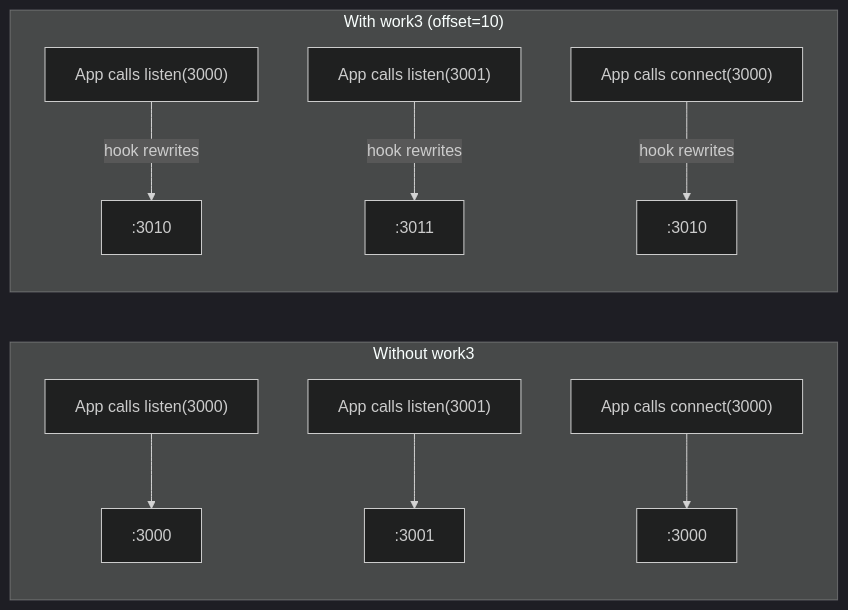
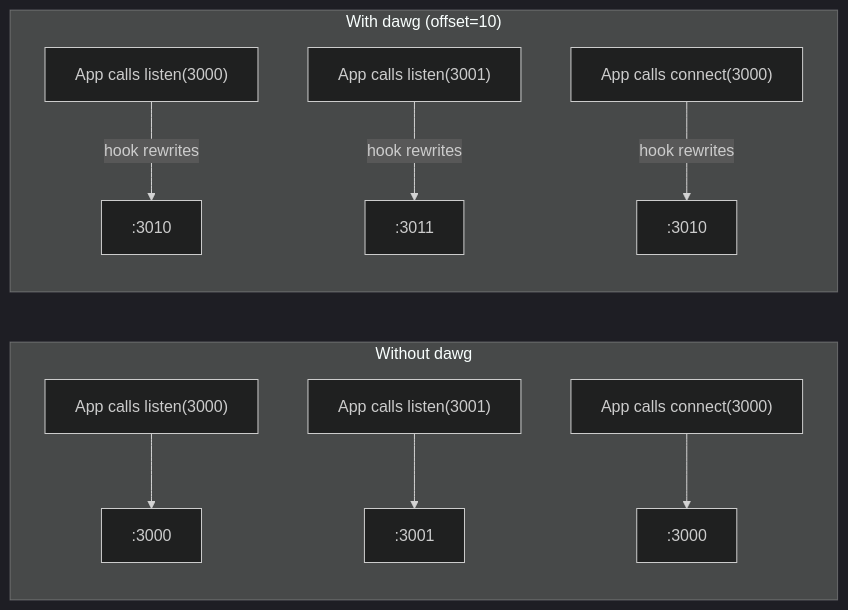
The diagram in docs/PORT-MAPPING.md (fum4/worktree-manager), drawn with Mermaid (dark theme) before and after one commit. The commit also changed other lines of this file and 53 other files, not shown here.

````diff
--- a/docs/PORT-MAPPING.md
+++ b/docs/PORT-MAPPING.md
@@ -132,14 +132,14 @@
 ```mermaid
 flowchart LR
-    subgraph without ["Without work3"]
+    subgraph without ["Without dawg"]
         A1["App calls listen(3000)"] --> B1[":3000"]
         A2["App calls listen(3001)"] --> B2[":3001"]
         A3["App calls connect(3000)"] --> C1[":3000"]
     end
 
-    subgraph with_work3 ["With work3 (offset=10)"]
+    subgraph with_dawg ["With dawg (offset=10)"]
         D1["App calls listen(3000)"] -->|"hook rewrites"| E1[":3010"]
         D2["App calls listen(3001)"] -->|"hook rewrites"| E2[":3011"]
         D3["App calls connect(3000)"] -->|"hook rewrites"| F1[":3010"]
     end
 ```
````
